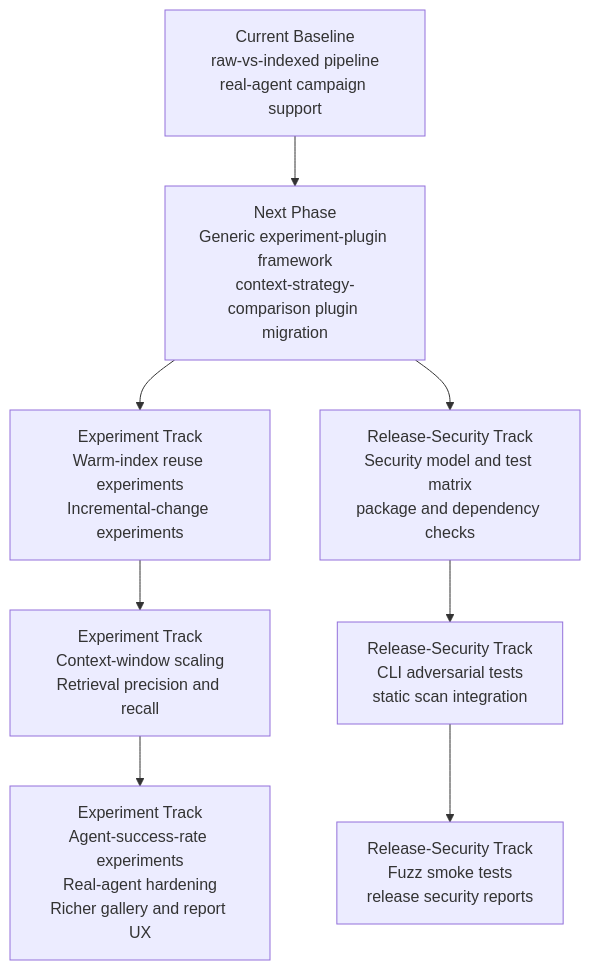
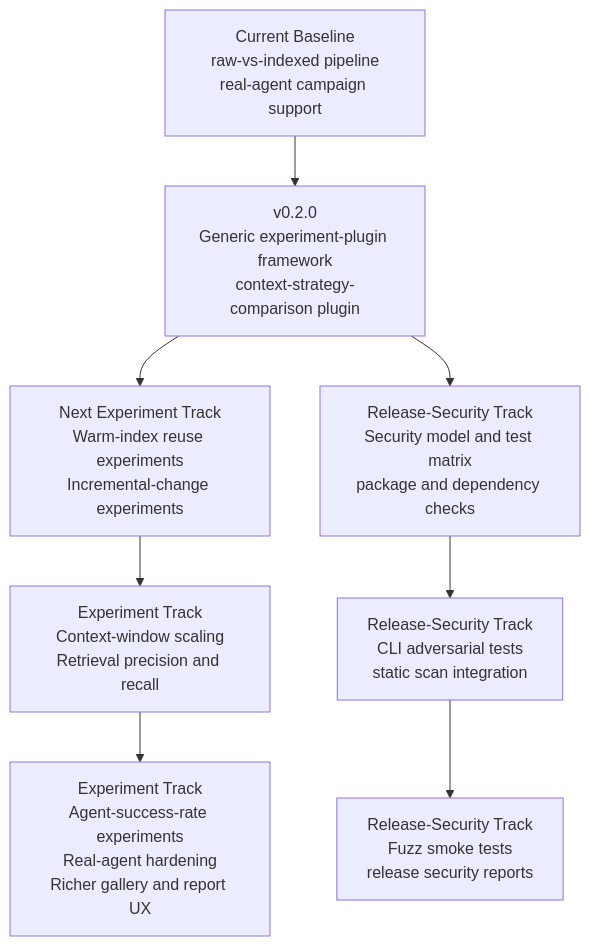
Before and after one commit to dailephd/my-dev-kit-lab: the first of 6 diagrams in docs/ROADMAP.md, drawn with Mermaid. The commit also changed other lines of this file and 9 other files, not shown here.

Commit message:
Add experiment plugin command surface

````diff
--- a/docs/ROADMAP.md
+++ b/docs/ROADMAP.md
@@ -9,10 +9,10 @@
 ```mermaid
 flowchart TD
-  A[Current Baseline\nraw-vs-indexed pipeline\nreal-agent campaign support] --> B[Next Phase\nGeneric experiment-plugin framework\ncontext-strategy-comparison plugin migration]
-  B --> C[Experiment Track\nWarm-index reuse experiments\nIncremental-change experiments]
+  A[Current Baseline\nraw-vs-indexed pipeline\nreal-agent campaign support] --> B[v0.2.0\nGeneric experiment-plugin framework\ncontext-strategy-comparison plugin]
+  B --> C[Next Experiment Track\nWarm-index reuse experiments\nIncremental-change experiments]
   C --> D[Experiment Track\nContext-window scaling\nRetrieval precision and recall]
   D --> E[Experiment Track\nAgent-success-rate experiments\nReal-agent hardening\nRicher gallery and report UX]
   B --> F[Release-Security Track\nSecurity model and test matrix\npackage and dependency checks]
   F --> G[Release-Security Track\nCLI adversarial tests\nstatic scan integration]
   G --> H[Release-Security Track\nFuzz smoke tests\nrelease security reports]
 ```
````
